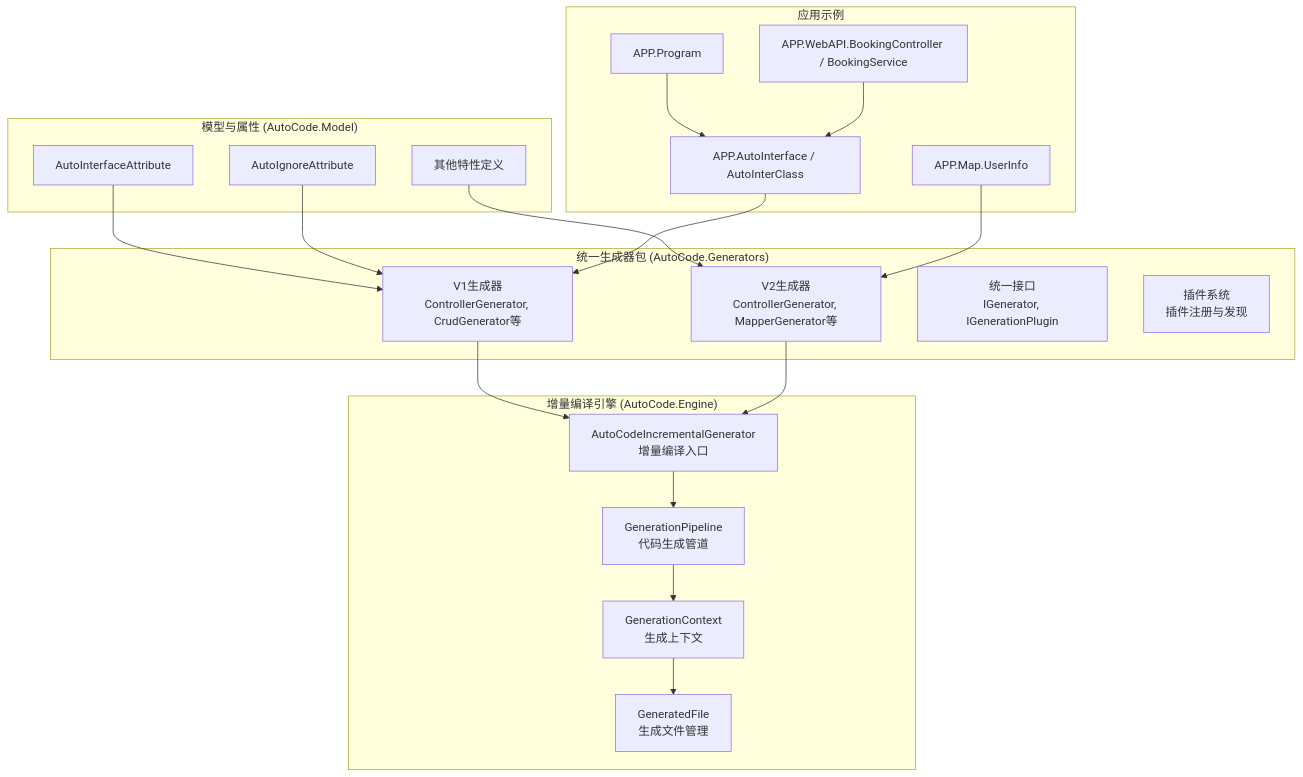
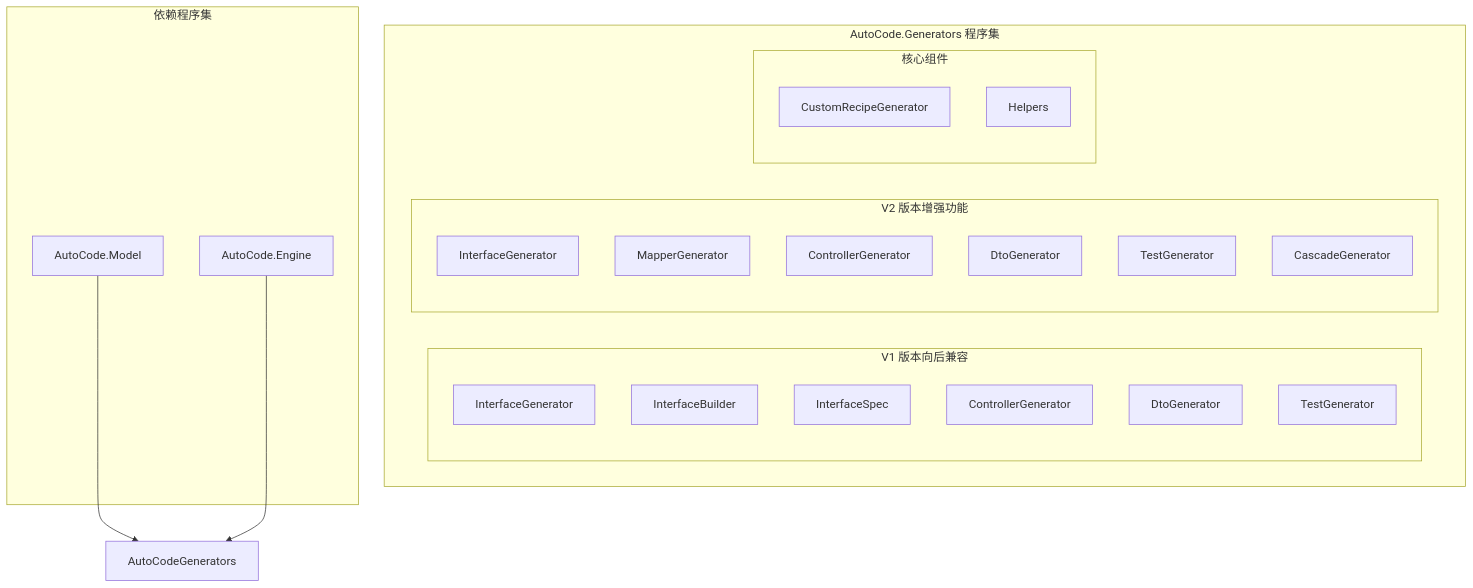
One commit to alivy/AutoCode changed the first of 3 diagrams in .qoder/repowiki/zh/content/源代码生成器/源代码生成器.md. Above: the diagram before and after it, drawn with Mermaid. The commit also changed other lines of this file and 279 other files, not shown here.

````diff
--- a/.qoder/repowiki/zh/content/源代码生成器/源代码生成器.md
+++ b/.qoder/repowiki/zh/content/源代码生成器/源代码生成器.md
@@ -61,38 +49,31 @@
 ```mermaid
 graph TB
-subgraph "统一生成器包 (AutoCode.Generators)"
-G1["V1生成器<br/>ControllerGenerator, CrudGenerator等"]
-G2["V2生成器<br/>ControllerGenerator, MapperGenerator等"]
-G3["统一接口<br/>IGenerator, IGenerationPlugin"]
-G4["插件系统<br/>插件注册与发现"]
+subgraph "AutoCode.Generators 程序集"
+subgraph "V1 版本向后兼容"
+V1_IG["InterfaceGenerator"]
+V1_IB["InterfaceBuilder"]
+V1_IS["InterfaceSpec"]
+V1_CG["ControllerGenerator"]
+V1_DG["DtoGenerator"]
+V1_TG["TestGenerator"]
 end
-subgraph "增量编译引擎 (AutoCode.Engine)"
-E1["AutoCodeIncrementalGenerator<br/>增量编译入口"]
-E2["GenerationPipeline<br/>代码生成管道"]
-E3["GenerationContext<br/>生成上下文"]
-E4["GeneratedFile<br/>生成文件管理"]
+subgraph "V2 版本增强功能"
+V2_IG["InterfaceGenerator"]
+V2_MG["MapperGenerator"]
+V2_CG["ControllerGenerator"]
+V2_DG["DtoGenerator"]
+V2_TG["TestGenerator"]
+V2_CSG["CascadeGenerator"]
 end
-subgraph "模型与属性 (AutoCode.Model)"
-M1["AutoInterfaceAttribute"]
-M2["AutoIgnoreAttribute"]
-M3["其他特性定义"]
+subgraph "核心组件"
+CRG["CustomRecipeGenerator"]
+Helpers["Helpers"]
 end
-subgraph "应用示例"
-A1["APP.Program"]
-A2["APP.AutoInterface / AutoInterClass"]
-A3["APP.Map.UserInfo"]
-A4["APP.WebAPI.BookingController / BookingService"]
 end
-G1 --> E1
-G2 --> E1
-E1 --> E2
-E2 --> E3
-E3 --> E4
-M1 --> G1
-M2 --> G1
-M3 --> G2
-A1 --> A2
-A2 --> G1
-A3 --> G2
-A4 --> A2
+subgraph "依赖程序集"
+Model["AutoCode.Model"]
+Engine["AutoCode.Engine"]
+end
+Model --> AutoCodeGenerators
+Engine --> AutoCodeGenerators
 ```
````
